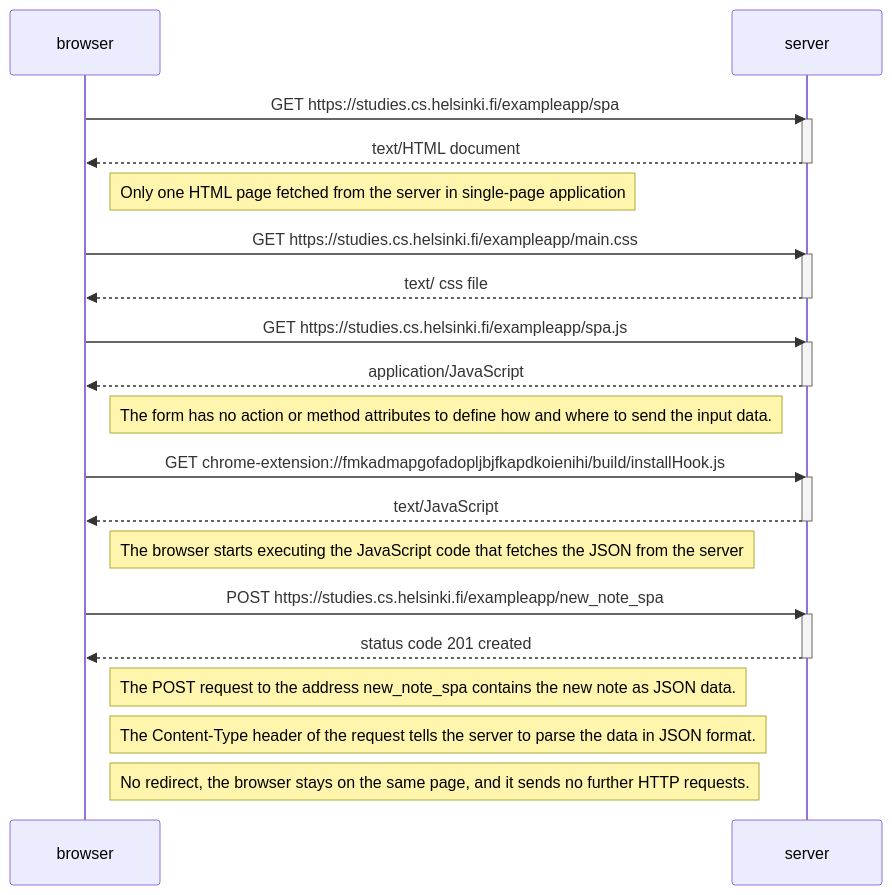
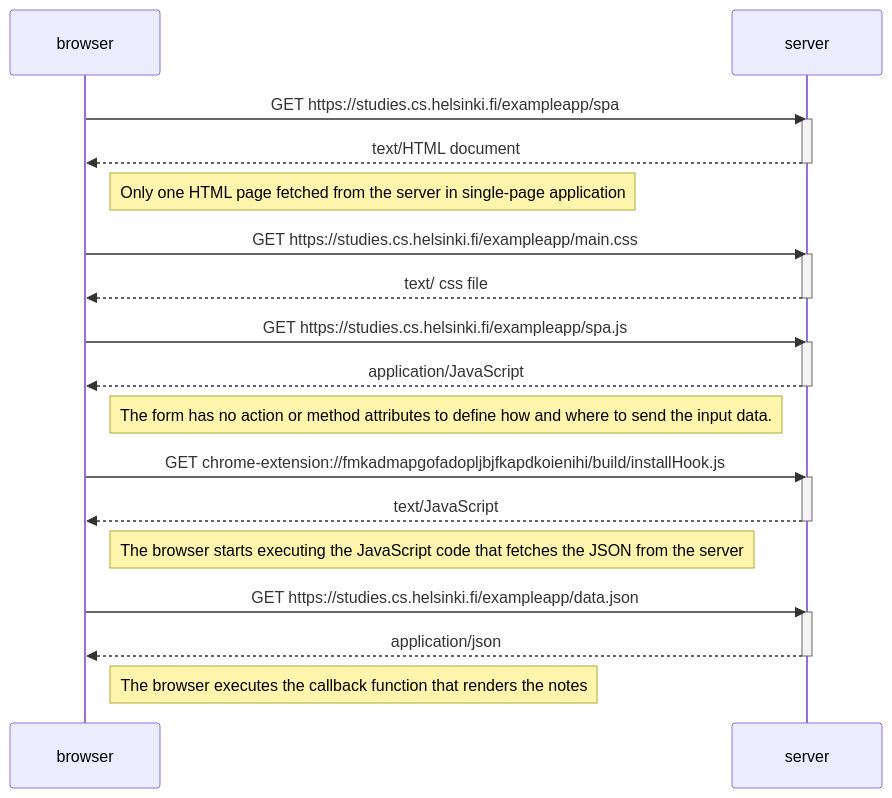
The diagram in part0/sequenceDiagram_spa.md (TJ-Blinn/Full_Stack_Open), drawn with Mermaid before and after one commit.

Commit message:
added missing step for data.json

````diff
--- a/part0/sequenceDiagram_spa.md
+++ b/part0/sequenceDiagram_spa.md
@@ -1,40 +1,38 @@
 ```mermaid
 sequenceDiagram
 participant browser
 participant server
 
     browser->>server: GET https://studies.cs.helsinki.fi/exampleapp/spa
     activate server
     server-->>browser: text/HTML document
     deactivate server
 
     Note right of browser: Only one HTML page fetched from the server in single-page application
 
     browser->>server: GET https://studies.cs.helsinki.fi/exampleapp/main.css
     activate server
     server-->>browser: text/ css file
     deactivate server
 
     browser->>server: GET https://studies.cs.helsinki.fi/exampleapp/spa.js
     activate server
     server-->>browser: application/JavaScript
     deactivate server
 
     Note right of browser: The form has no action or method attributes to define how and where to send the input data.
 
     browser->>server: GET 	chrome-extension://fmkadmapgofadopljbjfkapdkoienihi/build/installHook.js
     activate server
     server-->>browser: text/JavaScript
     deactivate server
 
     Note right of browser: The browser starts executing the JavaScript code that fetches the JSON from the server
 
-    browser->>server: POST https://studies.cs.helsinki.fi/exampleapp/new_note_spa
+    browser->>server: GET https://studies.cs.helsinki.fi/exampleapp/data.json
     activate server
-    server-->>browser: status code 201 created
+    server-->>browser: application/json
     deactivate server
 
-    Note right of browser: The POST request to the address new_note_spa contains the new note as JSON data.
-    Note right of browser: The Content-Type header of the request tells the server to parse the data in JSON format.
-    Note right of browser: No redirect, the browser stays on the same page, and it sends no further HTTP requests.
+    Note right of browser: The browser executes the callback function that renders the notes
 ```
````
